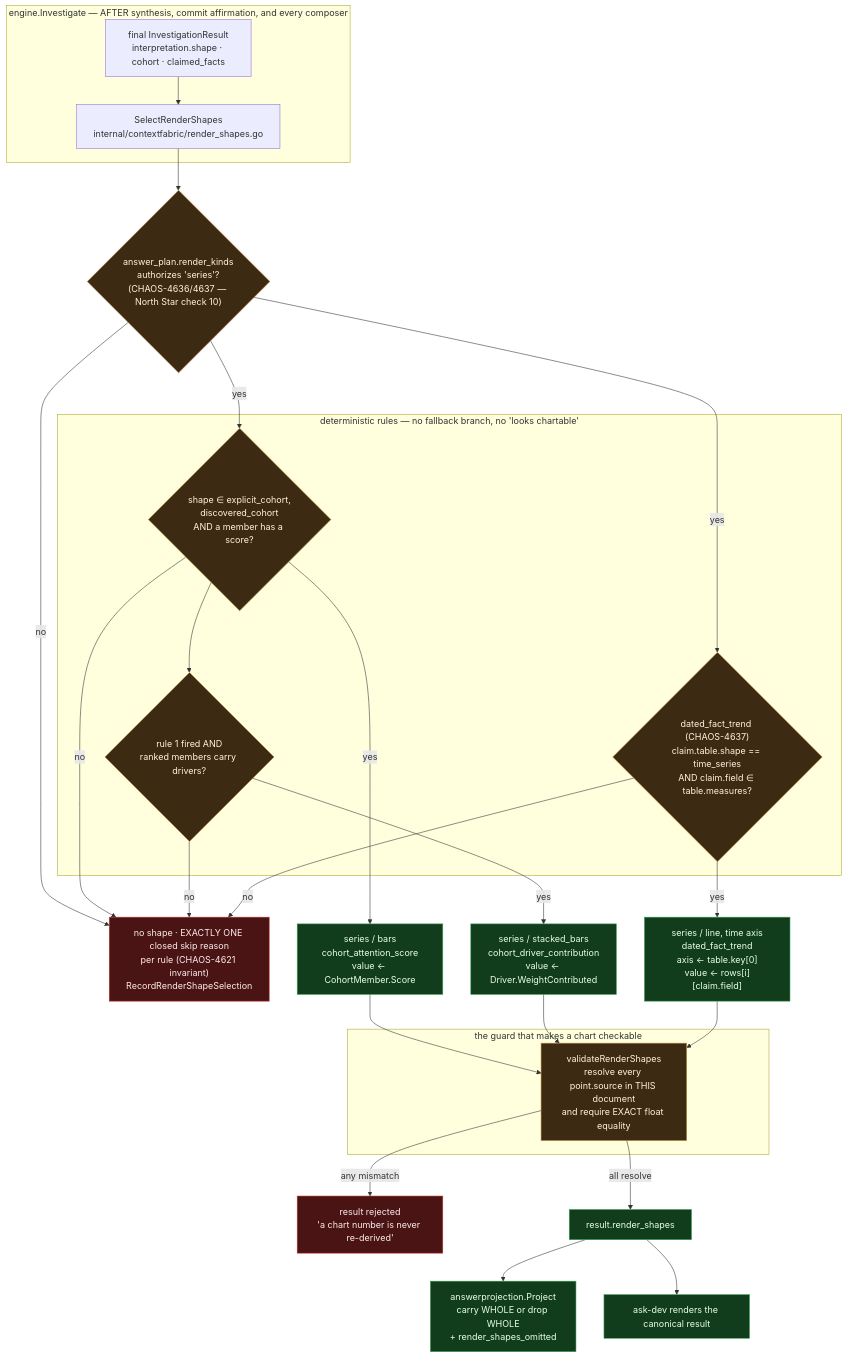
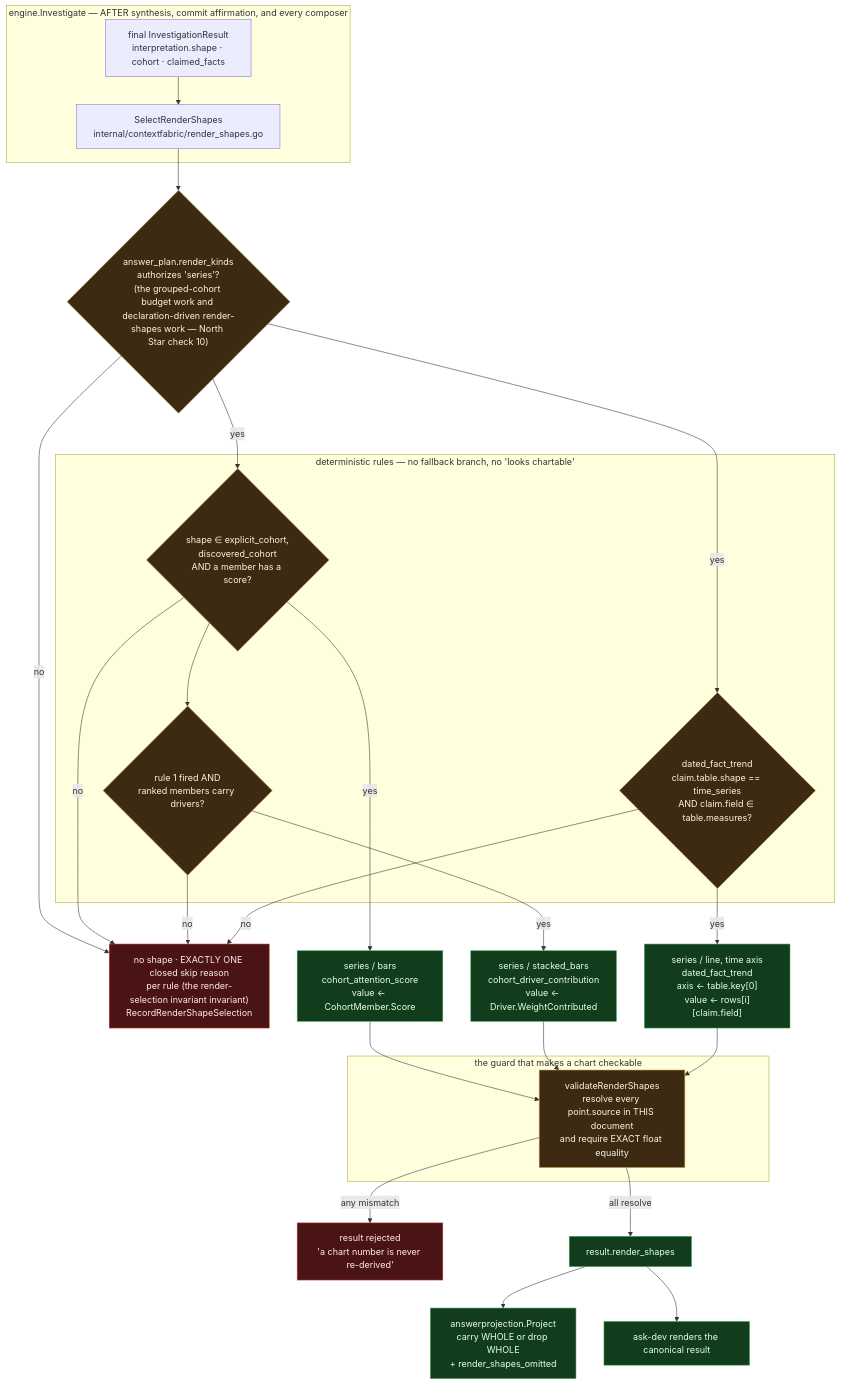
One commit to full-chaos/dev-health-acr changed diagram 16 of 39 in docs/design/context-fabric-architecture-diagrams.md. Above: the diagram before and after it, drawn with Mermaid. The commit also changed other lines of this file and 61 other files, not shown here.

````diff
--- a/docs/design/context-fabric-architecture-diagrams.md
+++ b/docs/design/context-fabric-architecture-diagrams.md
@@ -2290,48 +2290,48 @@
 ```mermaid
 flowchart TD
     subgraph engine["engine.Investigate — AFTER synthesis, commit affirmation, and every composer"]
         RES["final InvestigationResult<br/>interpretation.shape · cohort · claimed_facts"]
         SEL["SelectRenderShapes<br/>internal/contextfabric/render_shapes.go"]
         RES --> SEL
     end
 
     subgraph rules["deterministic rules — no fallback branch, no 'looks chartable'"]
         R1{"shape ∈ explicit_cohort,<br/>discovered_cohort<br/>AND a member has a score?"}
         R2{"rule 1 fired AND<br/>ranked members carry drivers?"}
-        R3{"dated_fact_trend (CHAOS-4637)<br/>claim.table.shape == time_series<br/>AND claim.field ∈ table.measures?"}
+        R3{"dated_fact_trend<br/>claim.table.shape == time_series<br/>AND claim.field ∈ table.measures?"}
     end
-    PLAN{"answer_plan.render_kinds<br/>authorizes 'series'?<br/>(CHAOS-4636/4637 — North Star check 10)"}
+    PLAN{"answer_plan.render_kinds<br/>authorizes 'series'?<br/>(the grouped-cohort budget work and declaration-driven render-shapes work — North Star check 10)"}
     SEL --> PLAN
     PLAN -->|yes| R1 --> R2
     PLAN -->|yes| R3
     PLAN -->|no| SKIP
 
     S1["series / bars<br/>cohort_attention_score<br/>value ← CohortMember.Score"]
     S2["series / stacked_bars<br/>cohort_driver_contribution<br/>value ← Driver.WeightContributed"]
     S3["series / line, time axis<br/>dated_fact_trend<br/>axis ← table.key[0]<br/>value ← rows[i][claim.field]"]
     R1 -->|yes| S1
     R2 -->|yes| S2
     R3 -->|yes| S3
-    R1 -->|no| SKIP["no shape · EXACTLY ONE closed skip reason<br/>per rule (CHAOS-4621 invariant)<br/>RecordRenderShapeSelection"]
+    R1 -->|no| SKIP["no shape · EXACTLY ONE closed skip reason<br/>per rule (the render-selection invariant invariant)<br/>RecordRenderShapeSelection"]
     R2 -->|no| SKIP
     R3 -->|no| SKIP
 
     subgraph guard["the guard that makes a chart checkable"]
         VAL["validateRenderShapes<br/>resolve every point.source in THIS document<br/>and require EXACT float equality"]
     end
     S1 --> VAL
     S2 --> VAL
     S3 --> VAL
     VAL -->|any mismatch| REJ["result rejected<br/>'a chart number is never re-derived'"]
     VAL -->|all resolve| OUT["result.render_shapes"]
 
     OUT --> PROJ["answerprojection.Project<br/>carry WHOLE or drop WHOLE<br/>+ render_shapes_omitted"]
     OUT --> ASKDEV["ask-dev renders the canonical result"]
 
     classDef fixed fill:#123d1c,stroke:#3fa45b,color:#e8ffe8
     classDef gate fill:#3d2a12,stroke:#c08a3e,color:#fff3e0
     classDef bad fill:#4a1414,stroke:#c0392b,color:#ffecec
     class S1,S2,S3,OUT,PROJ,ASKDEV fixed
     class R1,R2,R3,PLAN,VAL gate
     class REJ,SKIP bad
 ```
````
